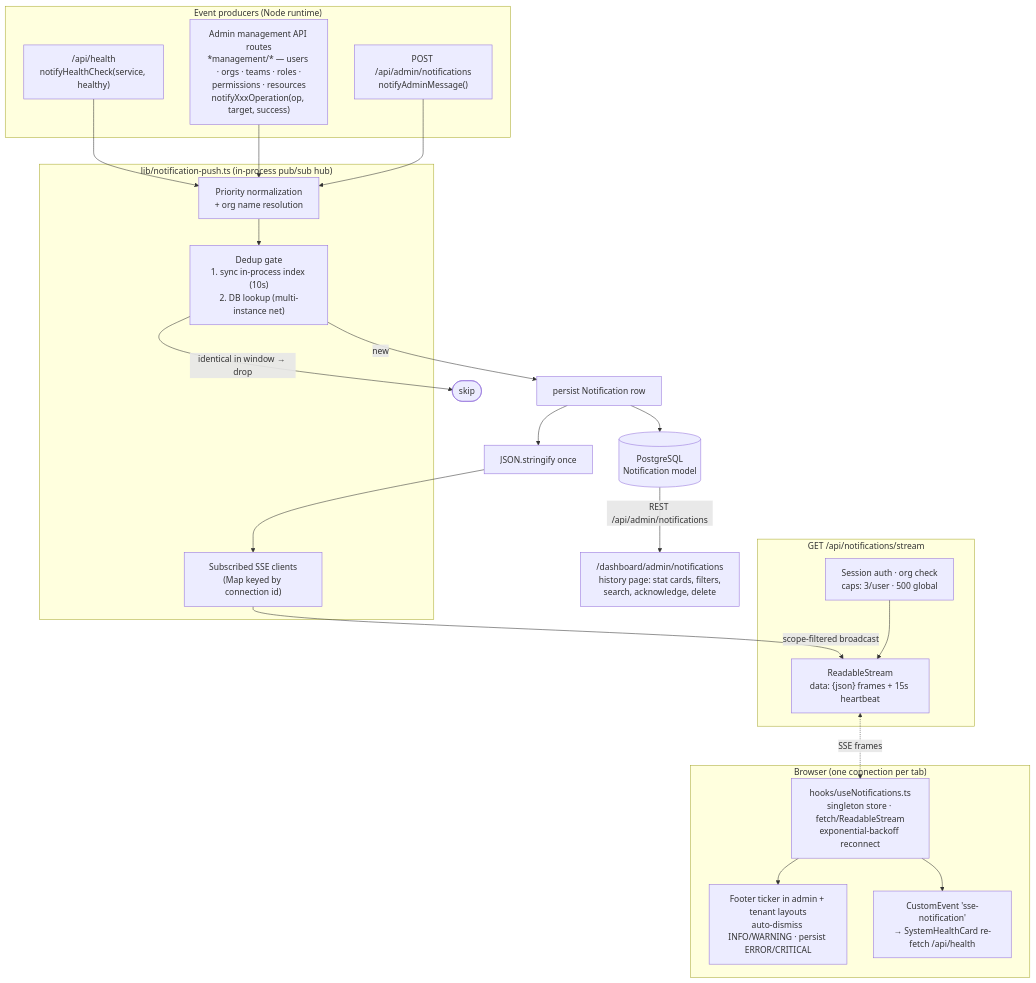
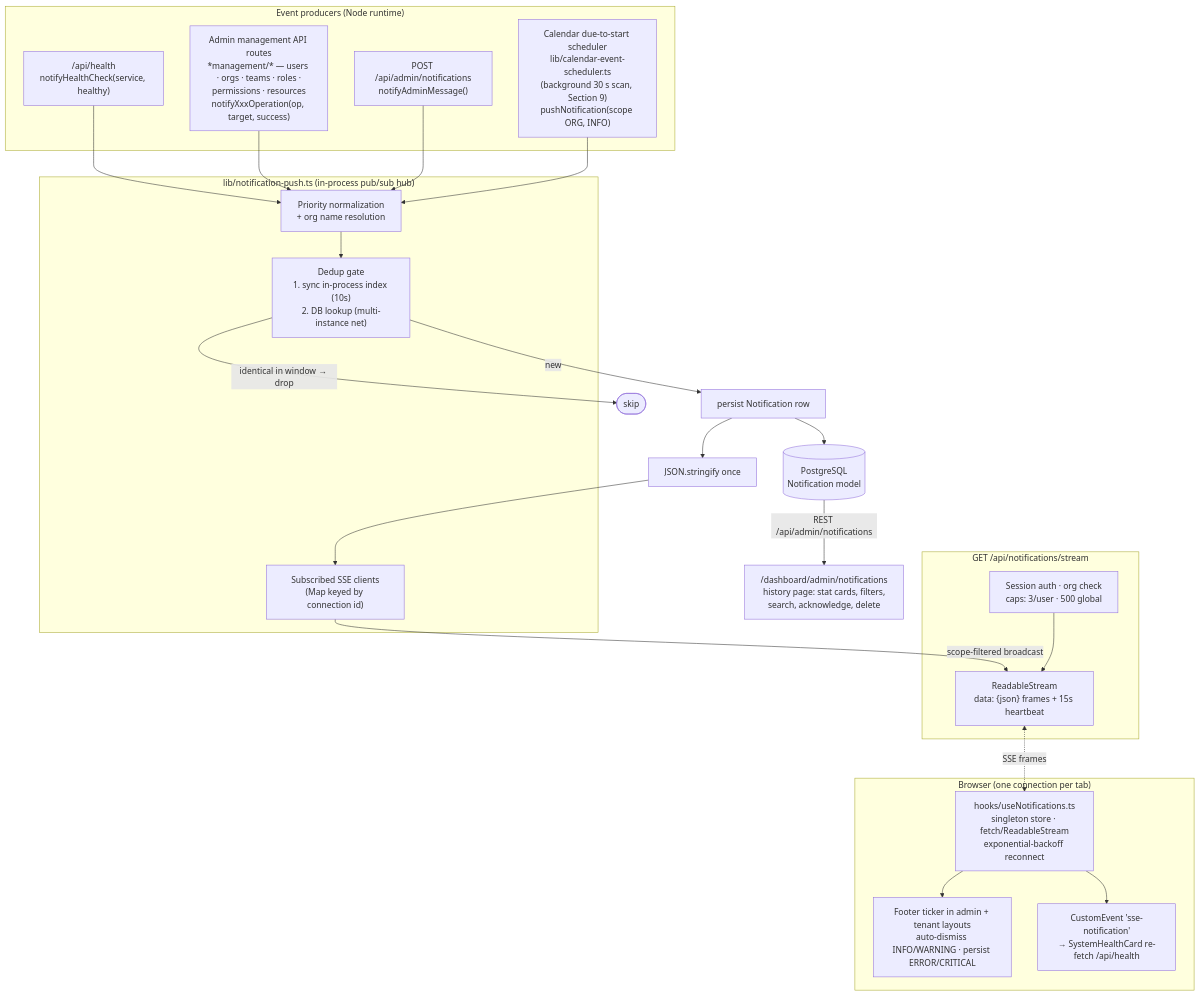
Before and after one commit to johnlynas/nipp: the second of 5 diagrams in ARCHITECTURE.md, drawn with Mermaid. The commit also changed other lines of this file and 5 other files, not shown here.

````diff
--- a/ARCHITECTURE.md
+++ b/ARCHITECTURE.md
@@ -527,47 +526,49 @@
 ```mermaid
 flowchart TB
     subgraph Producers["Event producers (Node runtime)"]
         HC["/api/health<br/>notifyHealthCheck(service, healthy)"]
         ADM["Admin management API routes<br/>*management/* — users · orgs · teams · roles ·<br/>permissions · resources<br/>notifyXxxOperation(op, target, success)"]
         MSG["POST /api/admin/notifications<br/>notifyAdminMessage()"]
+        CAL["Calendar due-to-start scheduler<br/>lib/calendar-event-scheduler.ts<br/>(background 30 s scan, Section 9)<br/>pushNotification(scope ORG, INFO)"]
     end
 
     subgraph Push["lib/notification-push.ts (in-process pub/sub hub)"]
         DEDUP["Dedup gate<br/>1. sync in-process index (10s)<br/>2. DB lookup (multi-instance net)"]
         NORM["Priority normalization<br/>+ org name resolution"]
         STORE["Subscribed SSE clients<br/>(Map keyed by connection id)"]
     end
 
     DB[("PostgreSQL<br/>Notification model")]
 
     subgraph Stream["GET /api/notifications/stream"]
         AUTH2["Session auth · org check<br/>caps: 3/user · 500 global"]
         RS["ReadableStream<br/>data: {json} frames + 15s heartbeat"]
     end
 
     subgraph Client["Browser (one connection per tab)"]
         HOOK["hooks/useNotifications.ts<br/>singleton store · fetch/ReadableStream<br/>exponential-backoff reconnect"]
         TICKER["Footer ticker in admin + tenant layouts<br/>auto-dismiss INFO/WARNING · persist ERROR/CRITICAL"]
         CE["CustomEvent 'sse-notification'<br/>→ SystemHealthCard re-fetch /api/health"]
     end
 
     LOGUI["/dashboard/admin/notifications<br/>history page: stat cards, filters,<br/>search, acknowledge, delete"]
 
     HC --> NORM
     ADM --> NORM
     MSG --> NORM
+    CAL --> NORM
     NORM --> DEDUP
     DEDUP -- "identical in window → drop" --> DROP(["skip"])
     DEDUP -- "new" --> PERSIST["persist Notification row"]
     PERSIST --> DB
     PERSIST --> SER["JSON.stringify once"]
     SER --> STORE
     STORE -- "scope-filtered broadcast" --> RS
     AUTH2 --> RS
     RS <-. "SSE frames" .-> HOOK
     HOOK --> TICKER
     HOOK --> CE
     DB -- "REST /api/admin/notifications" --> LOGUI
 
     linkStyle default interpolate spline;
 ```
````
